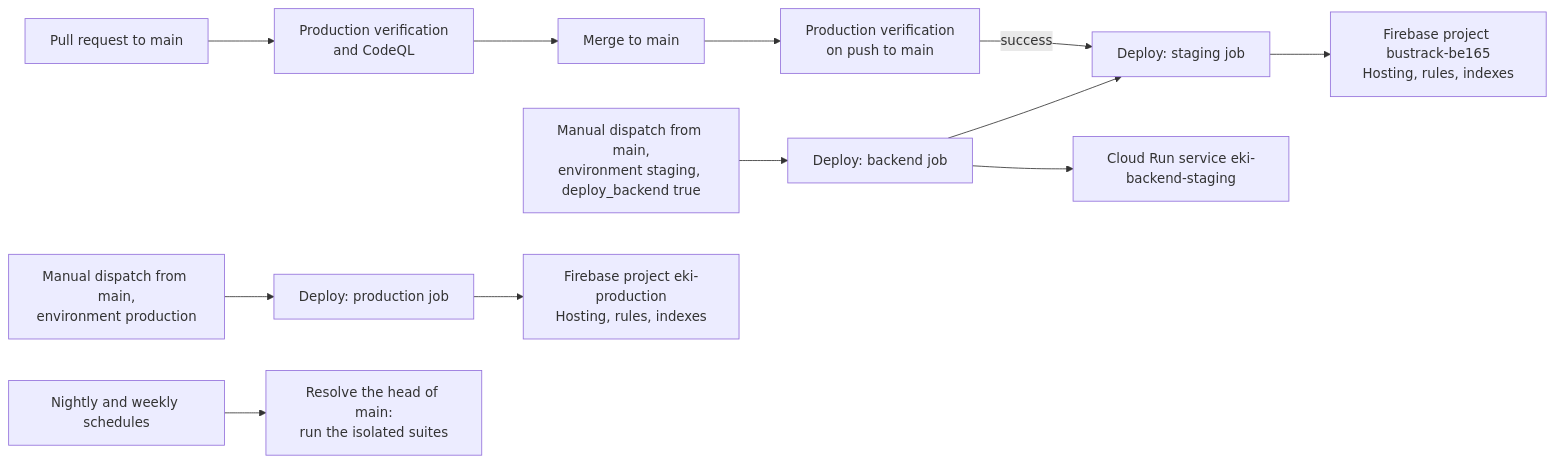
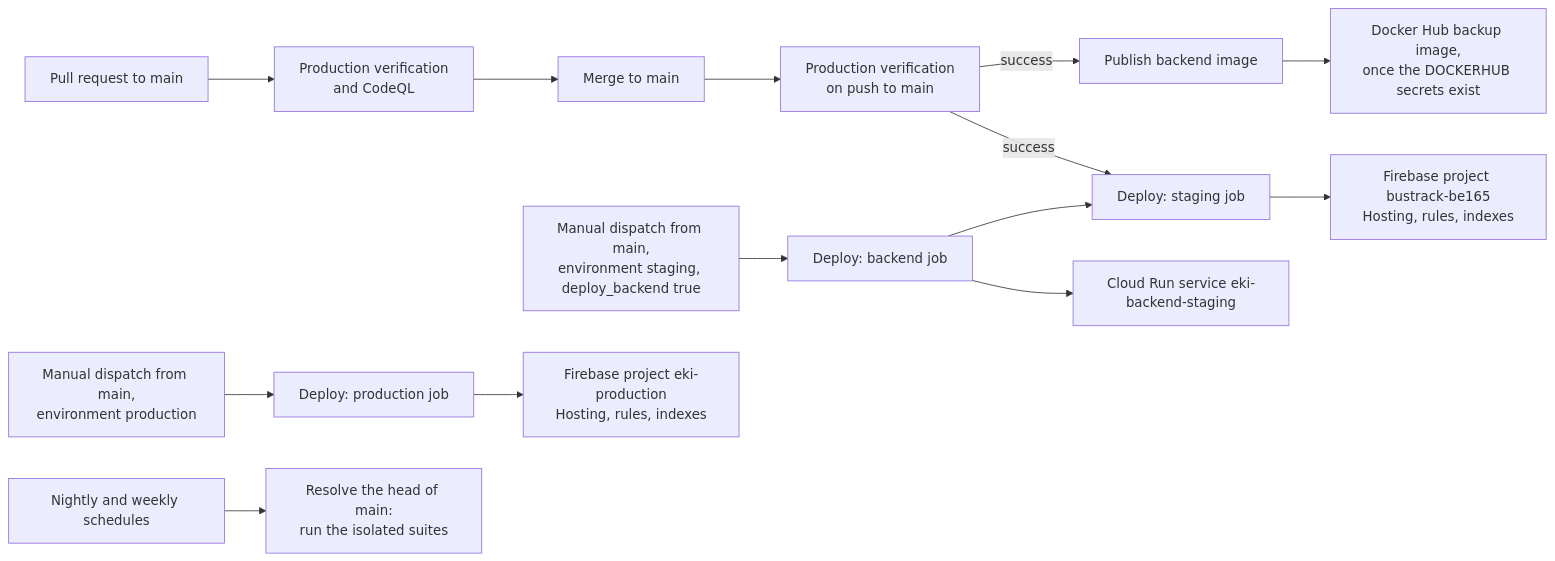
One commit to notnamansinha/Eki changed the diagram in docs/operations/CI_CD_AND_RELEASES.md. Above: the diagram before and after it, drawn with Mermaid. The commit also changed other lines of this file and 112 other files, not shown here.

````diff
--- a/docs/operations/CI_CD_AND_RELEASES.md
+++ b/docs/operations/CI_CD_AND_RELEASES.md
@@ -17,14 +17,16 @@
 ```mermaid
 flowchart LR
     PR[Pull request to main] --> CI[Production verification<br/>and CodeQL]
     CI --> Merge[Merge to main]
     Merge --> CIM[Production verification<br/>on push to main]
     CIM -->|success| DS[Deploy: staging job]
     DS --> P1[Firebase project bustrack-be165<br/>Hosting, rules, indexes]
+    CIM -->|success| PB[Publish backend image]
+    PB --> DH[Docker Hub backup image,<br/>once the DOCKERHUB secrets exist]
     ManualB[Manual dispatch from main,<br/>environment staging, deploy_backend true] --> DB[Deploy: backend job]
     DB --> P3[Cloud Run service eki-backend-staging]
     DB --> DS
     Manual[Manual dispatch from main,<br/>environment production] --> DP[Deploy: production job]
     DP --> P2[Firebase project eki-production<br/>Hosting, rules, indexes]
     Sched[Nightly and weekly schedules] --> T[Resolve the head of main:<br/>run the isolated suites]
 ```
````
